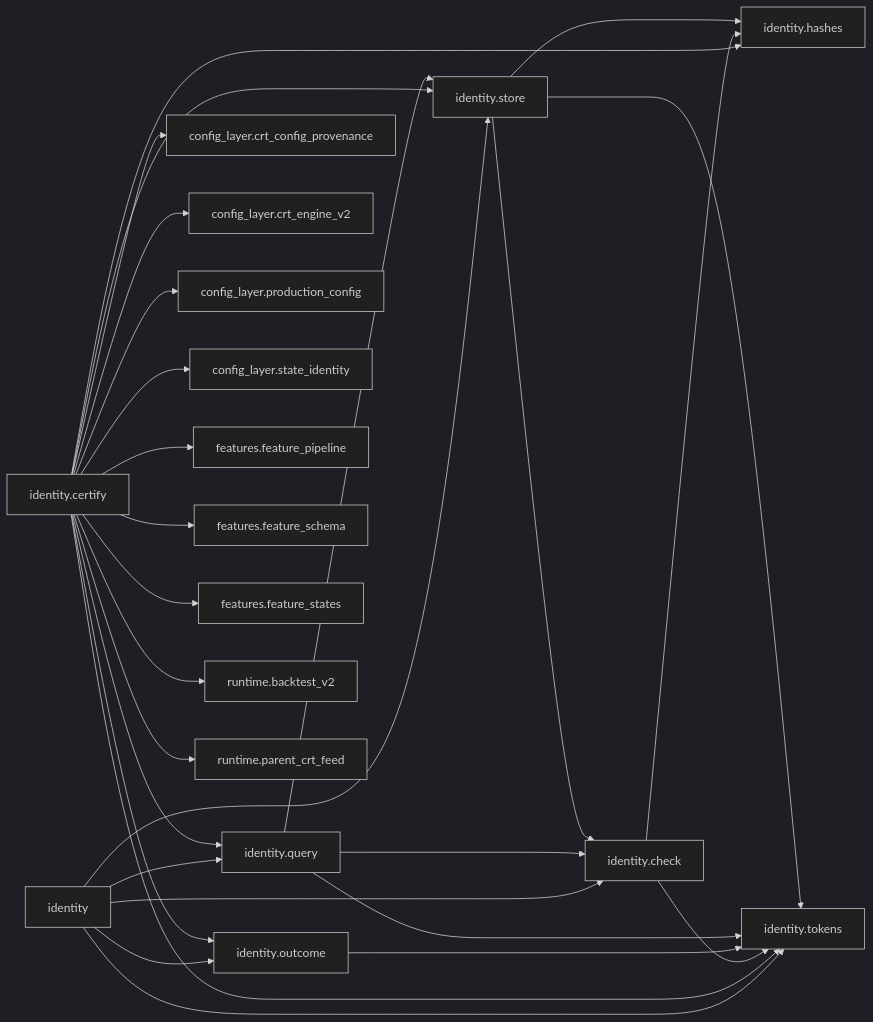
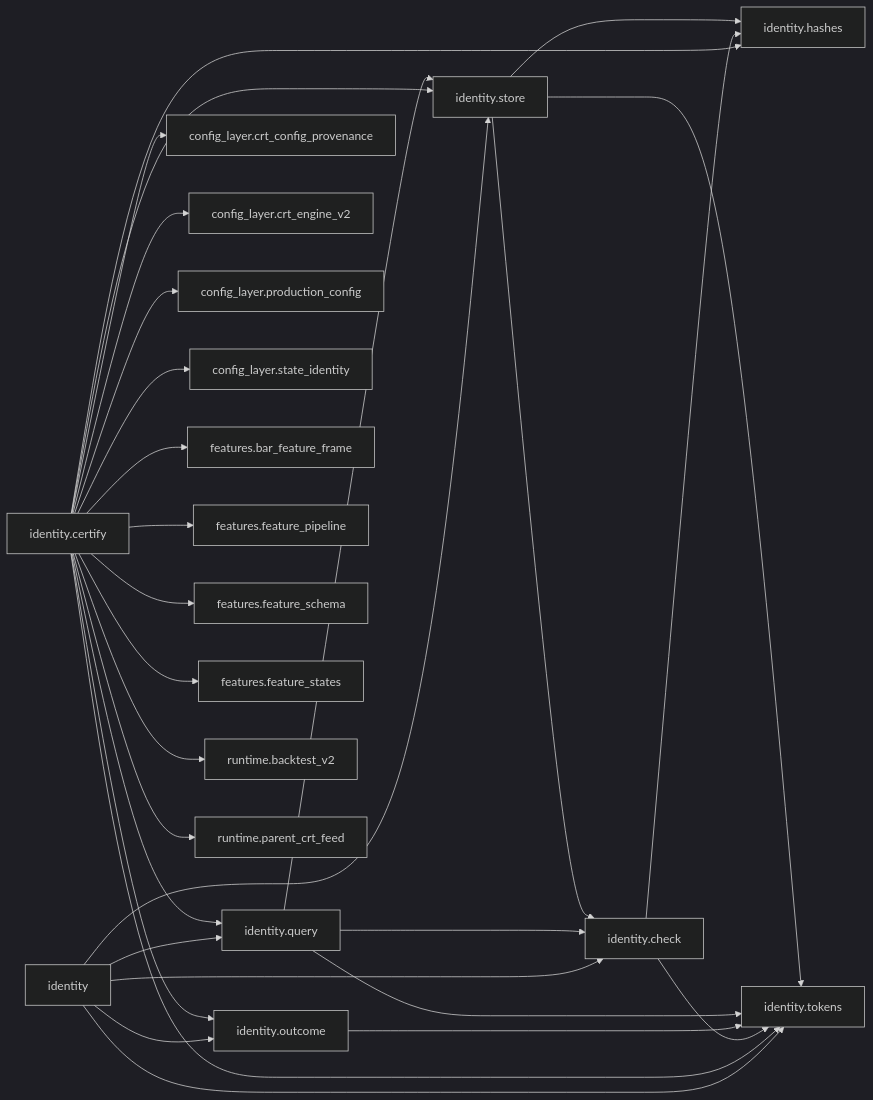
One commit to Chaithu1995-0312/TradeHlt changed diagram 18 of 41 in docs/architecture/code-map.generated.md. Above: the diagram before and after it, drawn with Mermaid (dark theme). The commit also changed other lines of this file and 6 other files, not shown here.

````diff
--- a/docs/architecture/code-map.generated.md
+++ b/docs/architecture/code-map.generated.md
@@ -1188,48 +1295,50 @@
 ```mermaid
 flowchart LR
     identity["identity"]
     identity_certify["identity.certify"]
     identity_check["identity.check"]
     identity_hashes["identity.hashes"]
     identity_outcome["identity.outcome"]
     identity_query["identity.query"]
     identity_store["identity.store"]
     identity_tokens["identity.tokens"]
     config_layer_crt_config_provenance["config_layer.crt_config_provenance"]
     config_layer_crt_engine_v2["config_layer.crt_engine_v2"]
     config_layer_production_config["config_layer.production_config"]
     config_layer_state_identity["config_layer.state_identity"]
+    features_bar_feature_frame["features.bar_feature_frame"]
     features_feature_pipeline["features.feature_pipeline"]
     features_feature_schema["features.feature_schema"]
     features_feature_states["features.feature_states"]
     runtime_backtest_v2["runtime.backtest_v2"]
     runtime_parent_crt_feed["runtime.parent_crt_feed"]
     identity --> identity_check
     identity --> identity_outcome
     identity --> identity_query
     identity --> identity_store
     identity --> identity_tokens
     identity_certify --> config_layer_crt_config_provenance
     identity_certify --> config_layer_crt_engine_v2
     identity_certify --> config_layer_production_config
     identity_certify --> config_layer_state_identity
+    identity_certify --> features_bar_feature_frame
     identity_certify --> features_feature_pipeline
     identity_certify --> features_feature_schema
     identity_certify --> features_feature_states
     identity_certify --> identity_hashes
     identity_certify --> identity_outcome
     identity_certify --> identity_query
     identity_certify --> identity_store
     identity_certify --> identity_tokens
     identity_certify --> runtime_backtest_v2
     identity_certify --> runtime_parent_crt_feed
     identity_check --> identity_hashes
     identity_check --> identity_tokens
     identity_outcome --> identity_tokens
     identity_query --> identity_check
     identity_query --> identity_store
     identity_query --> identity_tokens
     identity_store --> identity_check
     identity_store --> identity_hashes
     identity_store --> identity_tokens
 ```
````
